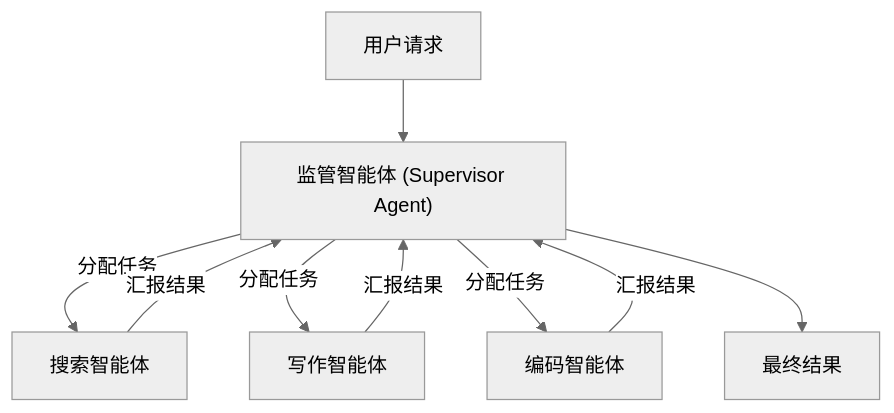
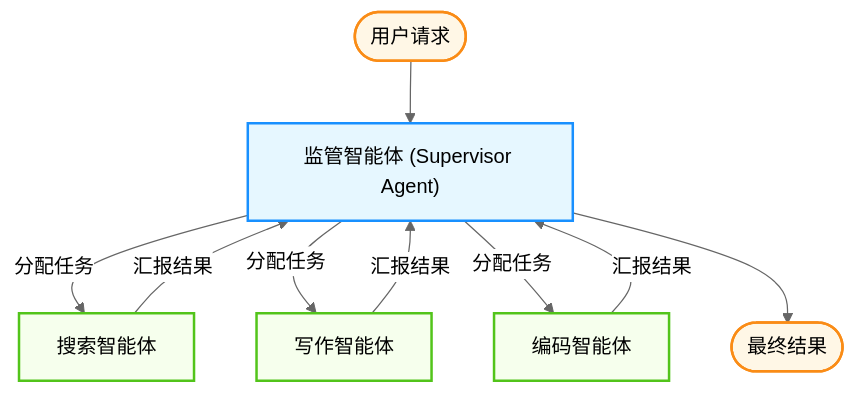
One commit to yeasy/agentic_ai_guide changed the second of 4 diagrams in 05_collaboration/5.1_architectures.md. Above: the diagram before and after it, drawn with Mermaid (neutral theme). The commit also changed other lines of this file and 36 other files, not shown here.

````diff
--- a/05_collaboration/5.1_architectures.md
+++ b/05_collaboration/5.1_architectures.md
@@ -78,11 +89,20 @@
 ```mermaid
 graph TD
-    User["用户请求"] --> Supervisor["监管智能体 (Supervisor Agent)"]
+    %% Agentic Design System
+    classDef user fill:#fff7e6,stroke:#fa8c16,stroke-width:2px;
+    classDef agent fill:#e6f7ff,stroke:#1890ff,stroke-width:2px;
+    classDef tool fill:#f6ffed,stroke:#52c41a,stroke-width:2px;
+
+    User(["用户请求"]) --> Supervisor["监管智能体 (Supervisor Agent)"]
     Supervisor -->|"分配任务"| Search["搜索智能体"]
     Supervisor -->|"分配任务"| Write["写作智能体"]
     Supervisor -->|"分配任务"| Code["编码智能体"]
     Search -->|"汇报结果"| Supervisor
     Write -->|"汇报结果"| Supervisor
     Code -->|"汇报结果"| Supervisor
-    Supervisor --> Result["最终结果"]
+    Supervisor --> Result(["最终结果"])
+    
+    class User,Result user;
+    class Supervisor agent;
+    class Search,Write,Code tool;
 ```
````
